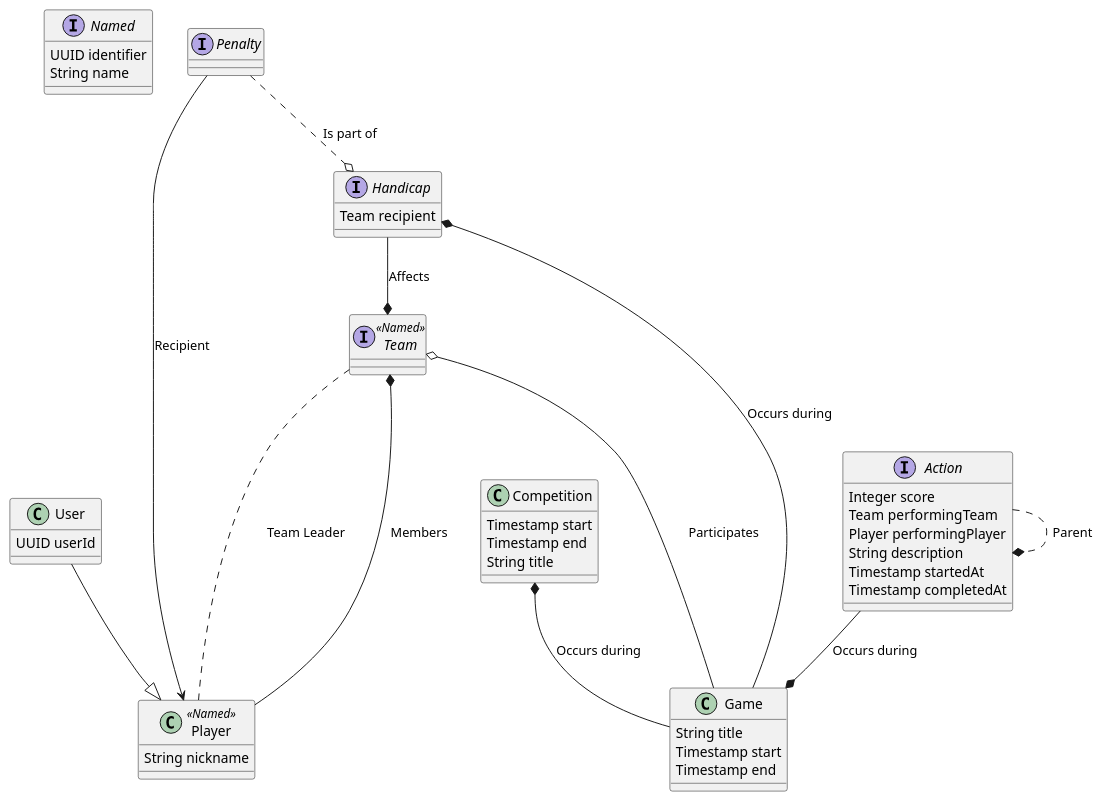
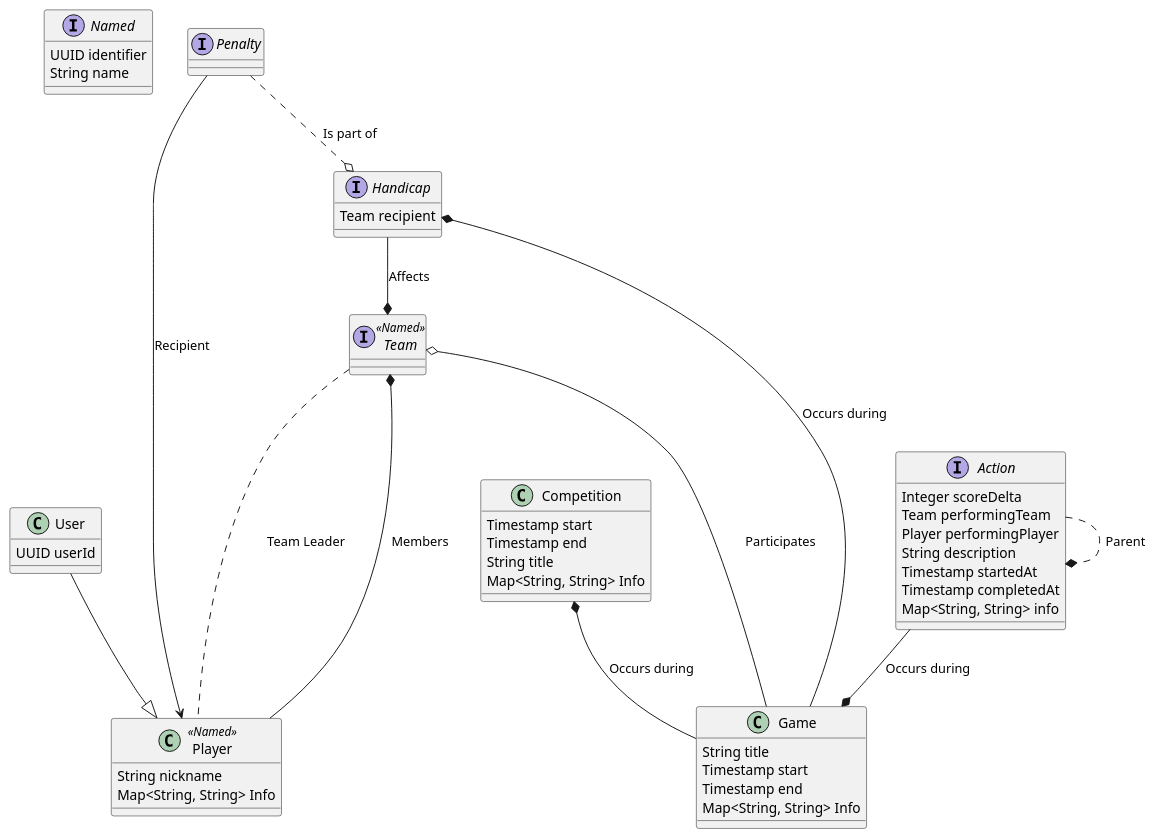
Before and after one commit to chibyhq/Lutte: the first of 3 diagrams in docs/diagrams/classes.puml, drawn with PlantUML.

Commit message:
Add info maps and scoreDelta

```diff
--- a/docs/diagrams/classes.puml
+++ b/docs/diagrams/classes.puml
@@ -1,61 +1,65 @@
 @startuml Classes
 
 interface Named {
     UUID identifier
     String name
 }
 
 class Competition {
     Timestamp start
     Timestamp end
     String title
+    Map<String, String> Info
 }
 
 class Game {
    String title
    Timestamp start
    Timestamp end
+   Map<String, String> Info
 }
 
 class Player <<Named>> {
     String nickname
+    Map<String, String> Info
 }
 
 class User {
     UUID userId
 }
 
 User --|> Player
 
 interface Team <<Named>>
 
 Team ... Player : "Team Leader"
 
 
 interface Action {
-    Integer score
+    Integer scoreDelta
     Team performingTeam
     Player performingPlayer
     String description
     Timestamp startedAt
     Timestamp completedAt
+    Map<String, String> info
 }
 
 Action ..* Action : Parent
 interface Handicap {
     Team recipient
 }
 
 interface Penalty 
 
 Penalty --> Player : Recipient
 Penalty ..o Handicap : Is part of
 Handicap --* Team : Affects
 Handicap *-- Game : Occurs during
 
 Competition *-- Game : Occurs during
 Action --* Game : Occurs during
 Team o--- Game : Participates
 Player --* Team : Members
 
 @enduml
```
